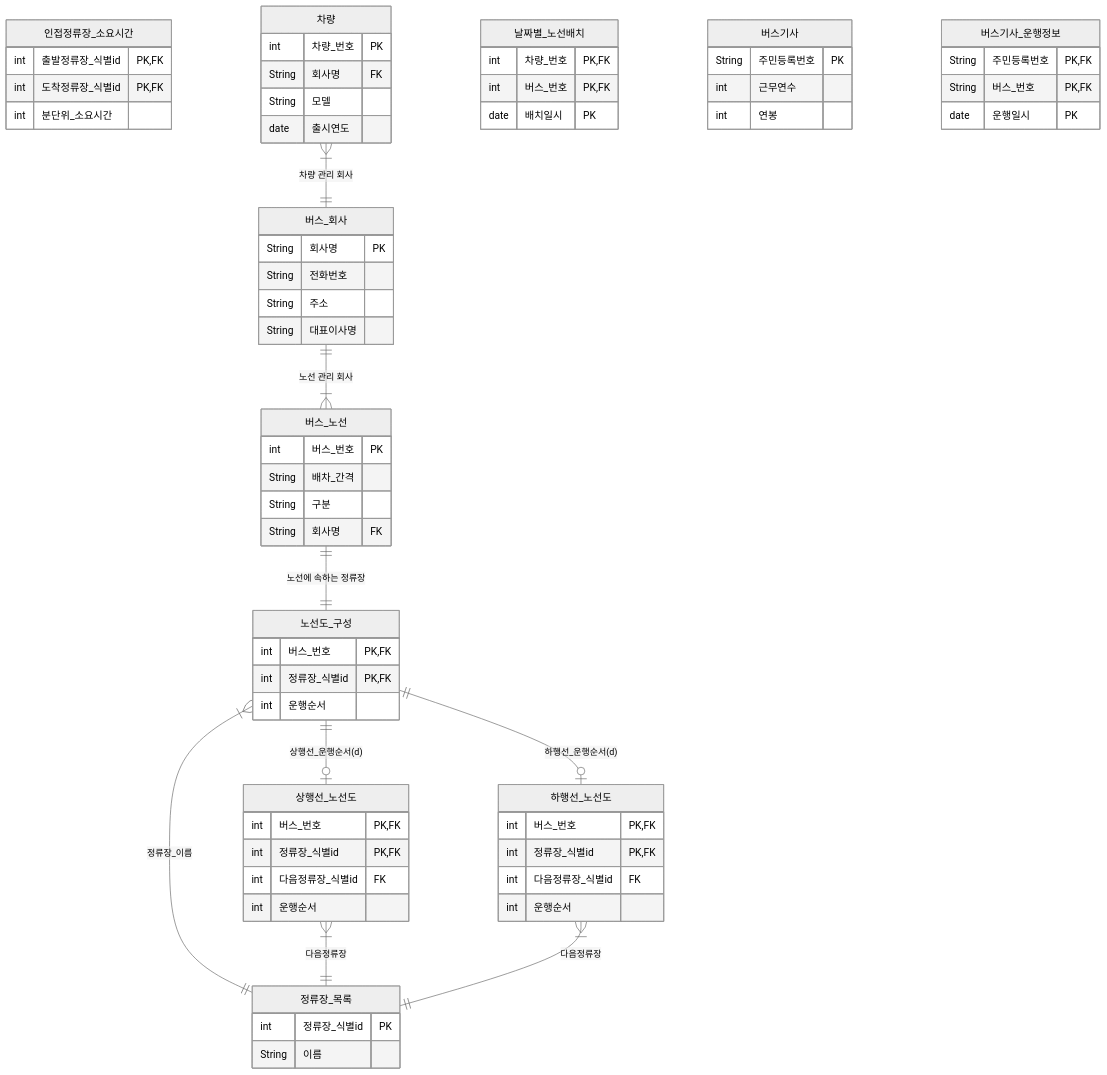
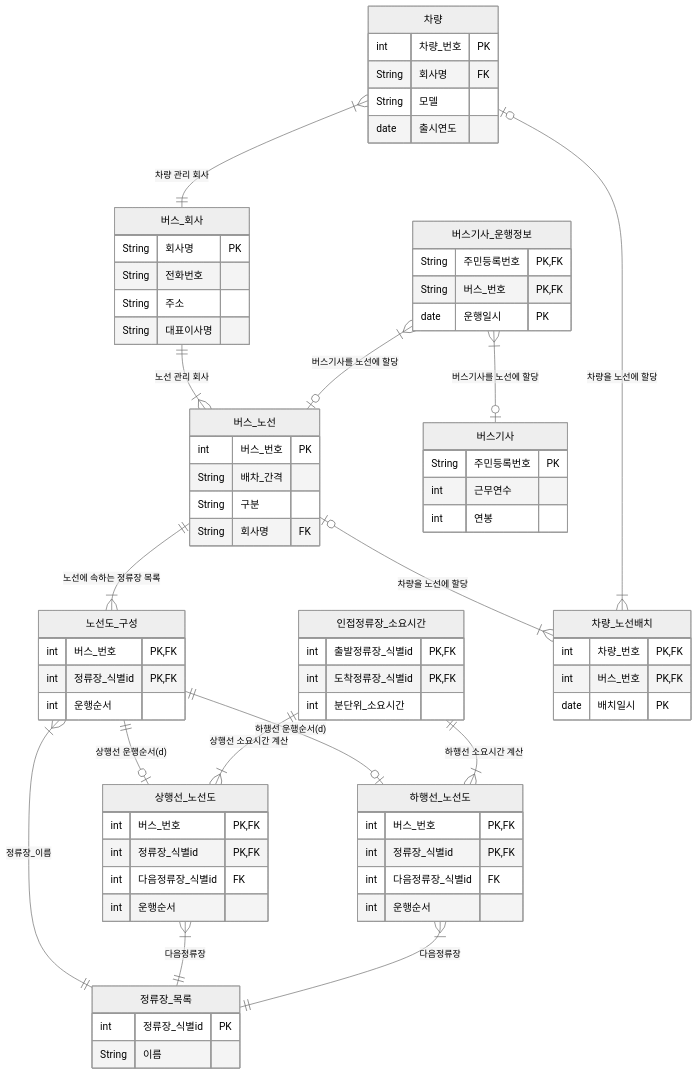
Before and after one commit to zerojun040329-eng/test-260401: the second of 2 diagrams in README.md, drawn with Mermaid (neutral theme). The commit also changed other lines of this file, not shown here.

````diff
--- a/README.md
+++ b/README.md
@@ -63,71 +64,77 @@
 ```mermaid
 erDiagram
   버스_노선 {
     int 버스_번호 PK
     String 배차_간격 
     String 구분
     String 회사명 FK
   }
   정류장_목록 {
     int 정류장_식별id PK
     String 이름
   }
   노선도_구성 {
     int 버스_번호 PK, FK
     int 정류장_식별id PK, FK
     int 운행순서
   }
   상행선_노선도 {
     int 버스_번호 PK, FK
     int 정류장_식별id PK, FK
     int 다음정류장_식별id FK
     int 운행순서
   }
   하행선_노선도 {
     int 버스_번호 PK, FK
     int 정류장_식별id PK, FK
     int 다음정류장_식별id FK
     int 운행순서
   }
   인접정류장_소요시간 {
     int 출발정류장_식별id PK, FK
     int 도착정류장_식별id PK, FK
     int 분단위_소요시간
   }
   버스_회사 {
     String 회사명 PK
     String 전화번호
     String 주소
     String 대표이사명
   }
   차량 {
     int 차량_번호 PK
     String 회사명 FK
     String 모델
     date 출시연도
   }
-  날짜별_노선배치 {
+  차량_노선배치 {
     int 차량_번호 PK, FK
     int 버스_번호 PK, FK
     date 배치일시 PK
   }
   버스기사 {
     String 주민등록번호 PK
     int 근무연수
     int 연봉
   }
   버스기사_운행정보 {
     String 주민등록번호 PK, FK
     String 버스_번호 PK, FK
     date 운행일시 PK
   }
 
   버스_회사 ||--|{ 버스_노선 : "노선 관리 회사"
   차량 |{--|| 버스_회사 : "차량 관리 회사"
-  버스_노선 ||--|| 노선도_구성 : "노선에 속하는 정류장"
+  버스_노선 ||--|{ 노선도_구성 : "노선에 속하는 정류장 목록"
   노선도_구성 |{--|| 정류장_목록 : "정류장_이름"
-  노선도_구성 ||--o| 상행선_노선도 : "상행선_운행순서(d)"
-  노선도_구성 ||--o| 하행선_노선도 : "하행선_운행순서(d)"
+  노선도_구성 ||--o| 상행선_노선도 : "상행선 운행순서(d)"
+  노선도_구성 ||--o| 하행선_노선도 : "하행선 운행순서(d)"
   상행선_노선도 |{--|| 정류장_목록 : "다음정류장"
   하행선_노선도 |{--|| 정류장_목록 : "다음정류장"
+  인접정류장_소요시간 ||--|{ 상행선_노선도 : "상행선 소요시간 계산"
+  인접정류장_소요시간 ||--|{ 하행선_노선도 : "하행선 소요시간 계산"
+  버스기사_운행정보 |{--o| 버스기사 : "버스기사를 노선에 할당"
+  버스기사_운행정보 |{--o| 버스_노선 : "버스기사를 노선에 할당"
+  버스_노선 o|--|{ 차량_노선배치 : "차량을 노선에 할당"
+  차량 o|--|{ 차량_노선배치 : "차량을 노선에 할당"
 ```
````
